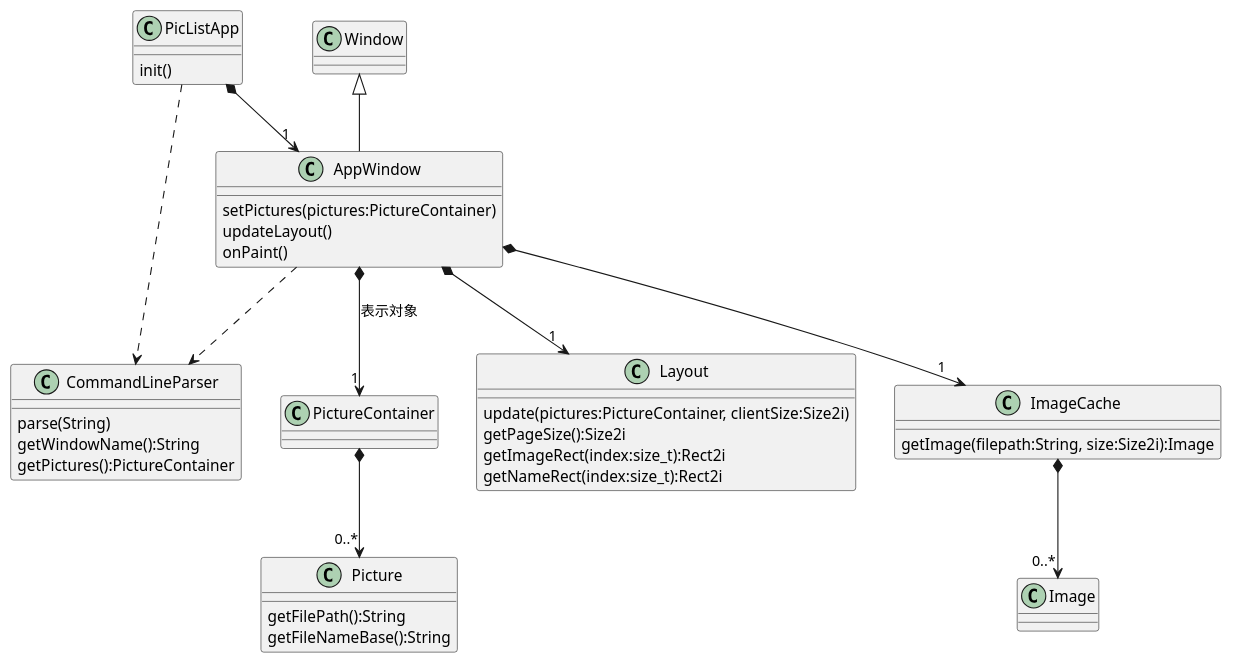
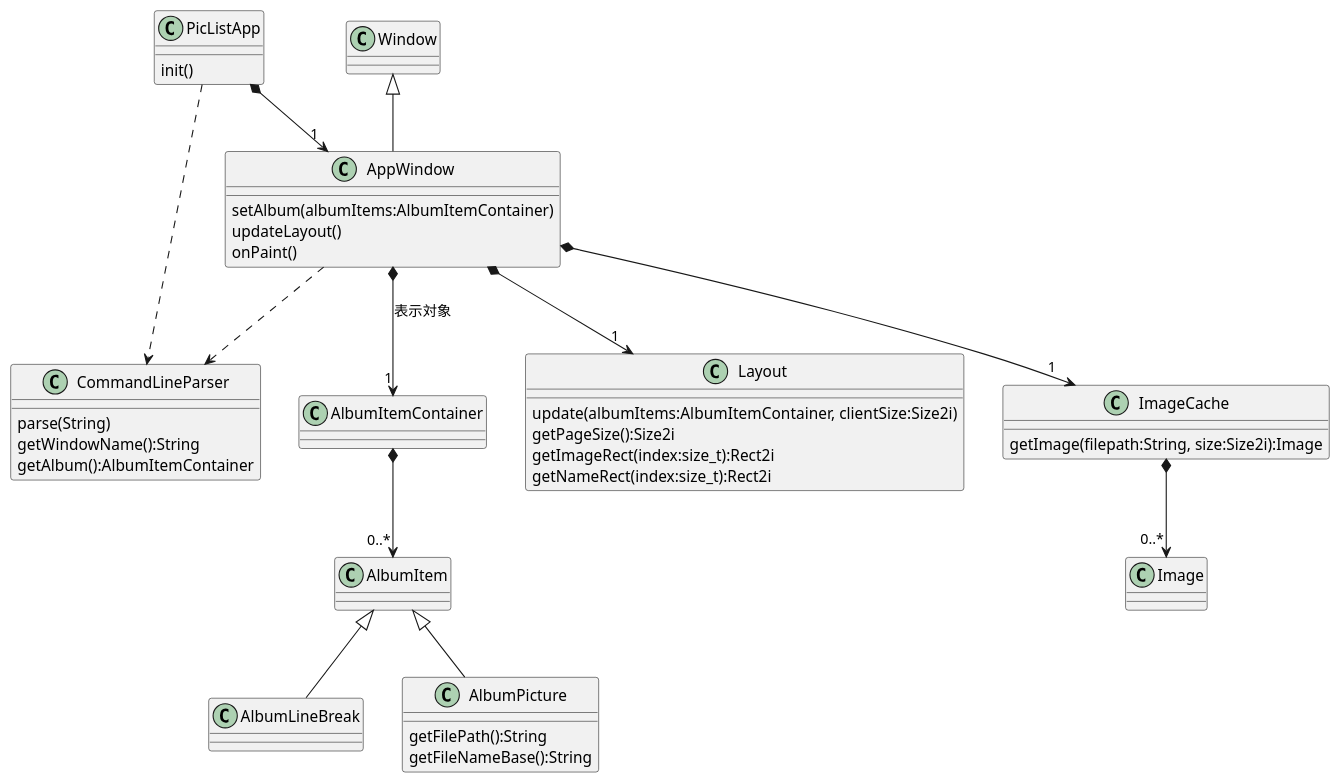
One commit to misohena/piclist changed the diagram in README.org. Above: the diagram before and after it, drawn with PlantUML. The commit also changed 10 other files, not shown here.

Commit message:
PictureクラスをAlbumItem、AlbumLineBreak、AlbumPictureの三つに分割した。

```diff
--- a/README.org
+++ b/README.org
@@ -67,43 +67,46 @@
 #+begin_src plantuml :file piclist_class_overview.png :cmdline -charset UTF-8 :exports none
 
 PicListApp *--> "1" AppWindow
 
 PicListApp ..> CommandLineParser
 AppWindow ..> CommandLineParser
 
 Window <|-- AppWindow
-AppWindow *--> "1" PictureContainer : 表示対象
+AppWindow *--> "1" AlbumItemContainer : 表示対象
 AppWindow *--> "1" Layout
 AppWindow *--> "1" ImageCache
 
-PictureContainer *--> "0..*" Picture
+AlbumItemContainer *--> "0..*" AlbumItem
 ImageCache *--> "0..*" Image
+
+AlbumItem <|-- AlbumLineBreak
+AlbumItem <|-- AlbumPicture
 
 class PicListApp {
   init()
 }
 class CommandLineParser {
   parse(String)
   getWindowName():String
-  getPictures():PictureContainer
+  getAlbum():AlbumItemContainer
 }
 class AppWindow {
-  setPictures(pictures:PictureContainer)
+  setAlbum(albumItems:AlbumItemContainer)
   updateLayout()
   onPaint()
 }
 class ImageCache {
   getImage(filepath:String, size:Size2i):Image
 }
 class Layout {
-  update(pictures:PictureContainer, clientSize:Size2i)
+  update(albumItems:AlbumItemContainer, clientSize:Size2i)
   getPageSize():Size2i
   getImageRect(index:size_t):Rect2i
   getNameRect(index:size_t):Rect2i
 }
-class Picture {
+class AlbumPicture {
   getFilePath():String
   getFileNameBase():String
 }
 
 #+end_src
```
